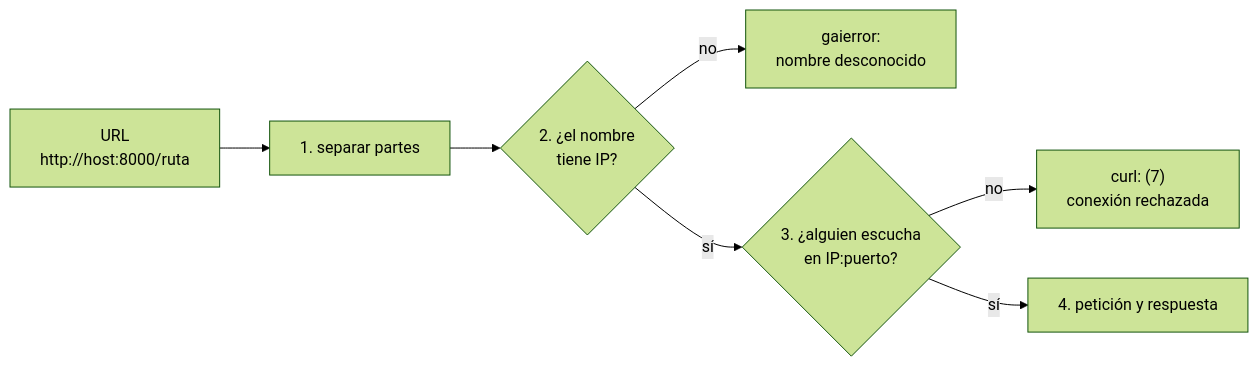
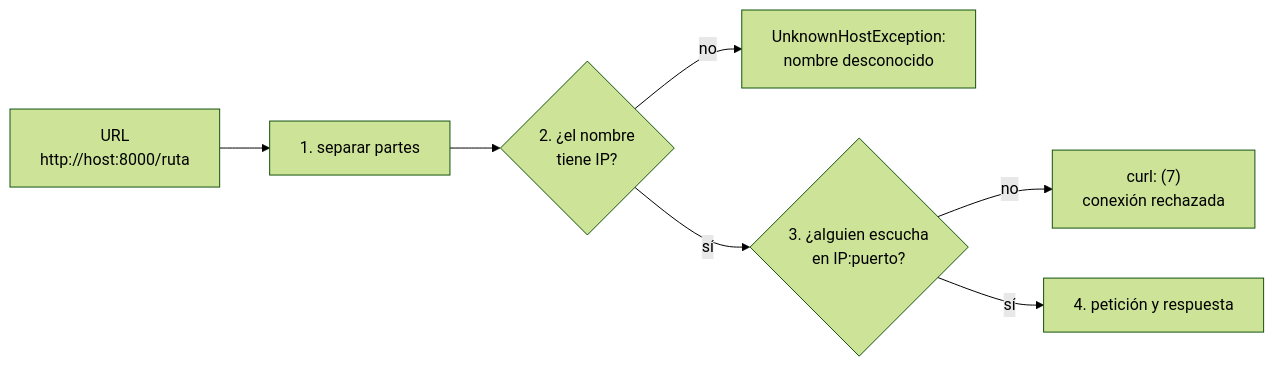
One commit to NICORUIZ93/The_Imperial_Book changed the first of 5 diagrams in web/public/content/foundations/modulo-3.md. Above: the diagram before and after it, drawn with Mermaid (forest theme). The commit also changed other lines of this file, not shown here.

````diff
--- a/web/public/content/foundations/modulo-3.md
+++ b/web/public/content/foundations/modulo-3.md
@@ -115,9 +116,9 @@
 ```mermaid
 flowchart LR
     URL["URL<br/>http://host:8000/ruta"] --> PARTES["1. separar partes"]
     PARTES --> DNS{"2. ¿el nombre<br/>tiene IP?"}
-    DNS -->|no| E1["gaierror:<br/>nombre desconocido"]
+    DNS -->|no| E1["UnknownHostException:<br/>nombre desconocido"]
     DNS -->|sí| CONN{"3. ¿alguien escucha<br/>en IP:puerto?"}
     CONN -->|no| E2["curl: (7)<br/>conexión rechazada"]
     CONN -->|sí| PET["4. petición y respuesta"]
 ```
````
